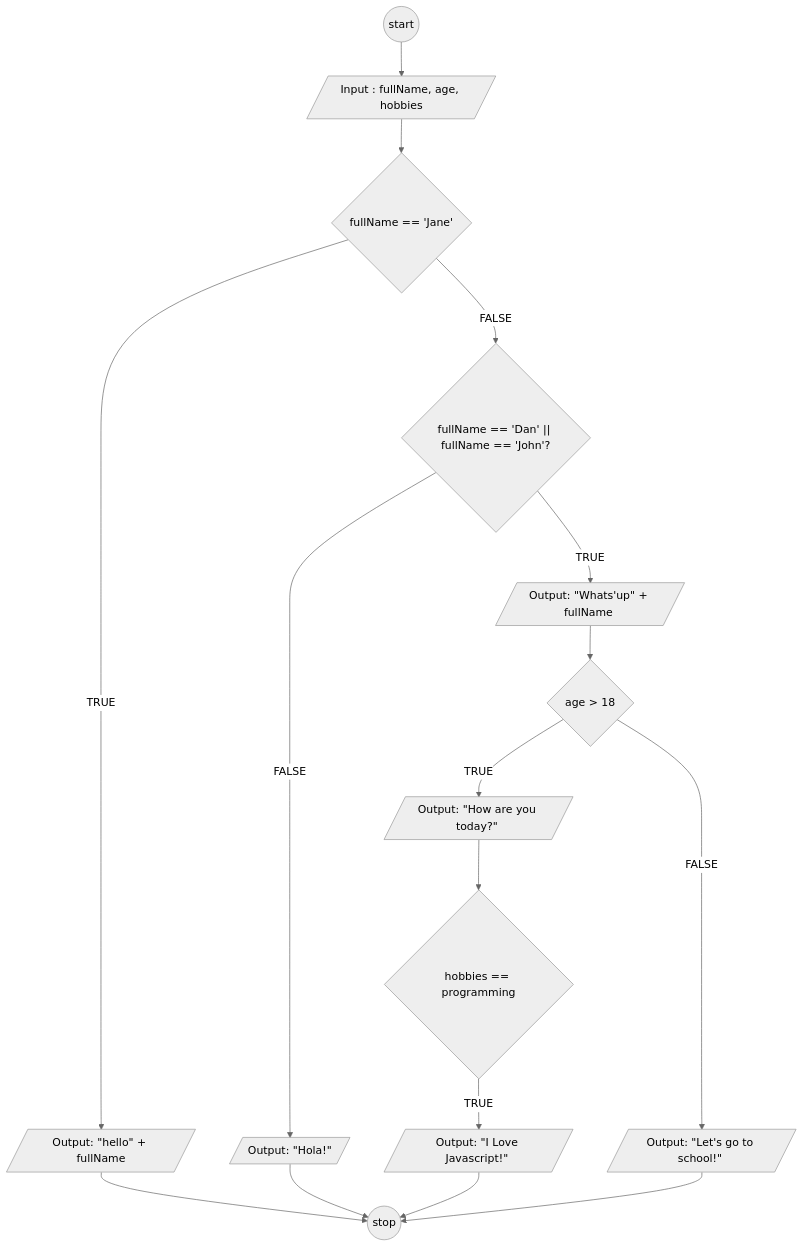
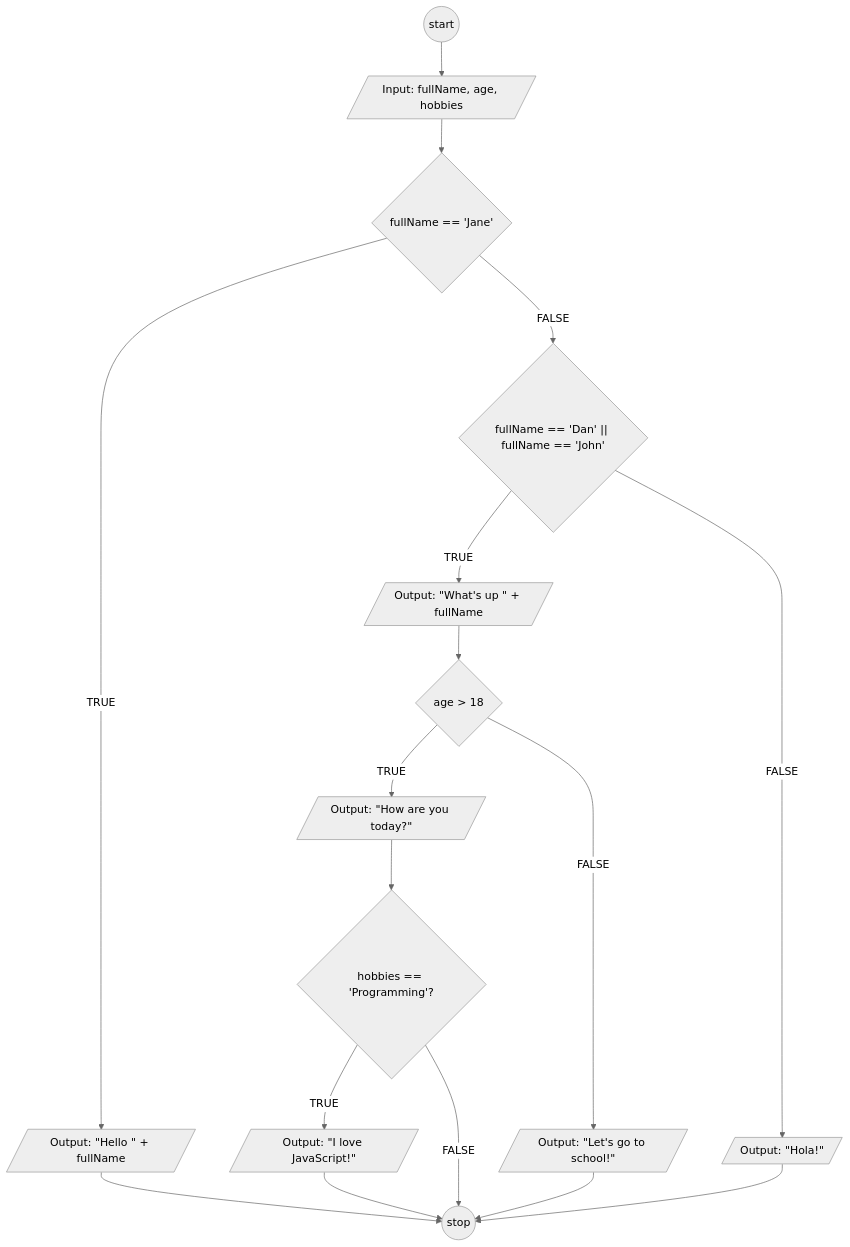
The diagram in flowchart-fullName.md (makarim22/koda-b6-javascript1), drawn with Mermaid (neutral theme) before and after one commit.

````diff
--- a/flowchart-fullName.md
+++ b/flowchart-fullName.md
@@ -1,47 +1,47 @@
 ```mermaid
 flowchart TD
-A@{ shape: circle, label: "start"} --> B
+    A@{ shape: circle, label: "start" } --> B
 
-B@{ shape: lean-r, label: "Input : fullName, age, hobbies" } --> C
+    B@{ shape: lean-r, label: "Input: fullName, age, hobbies" } --> C
 
-C@{ shape: diamond, label: "fullName == 'Jane'" } -->|TRUE| D
+    C@{ shape: diamond, label: "fullName == 'Jane'" } -->|TRUE| D
 
-C -- FALSE --> E
+    C -- FALSE --> E
 
-D@{ shape: lean-r, label: "Output: \"hello\" + fullName" } 
+    D@{ shape: lean-r, label: "Output: \"Hello \" + fullName" } 
 
-E@{ shape: diamond, label: "fullName == 'Dan' || fullName == 'John'?" } 
+    E@{ shape: diamond, label: "fullName == 'Dan' || fullName == 'John'" } 
 
-E -- TRUE --> S
+    E -- TRUE --> S
 
-S@{ shape: lean-r, label: "Output: \"Whats'up\" + fullName " }
+    S@{ shape: lean-r, label: "Output: \"What's up \" + fullName" } 
 
-E -- FALSE --> K
+    E -- FALSE --> K
 
-S --> F
+    S --> F
 
-F@{ shape: diamond, label: "age > 18 "} 
+    F@{ shape: diamond, label: "age > 18" } 
 
-F  --> |TRUE| Q
+    F  --> |TRUE| Q
 
-F -- FALSE --> H
+    F -- FALSE --> H
 
-H@{ shape: lean-r, label: "Output: \"Let's go to school!\" " } 
+    H@{ shape: lean-r, label: "Output: \"Let's go to school!\"" } 
 
-K@{ shape: lean-r, label: "Output: \"Hola!\" " }
+    K@{ shape: lean-r, label: "Output: \"Hola!\"" } 
 
-O@{ shape: diamond, label: "hobbies == programming" } -->|TRUE| P
+    O@{ shape: diamond, label: "hobbies == 'Programming'?" } -->|TRUE| P
 
+    O -- FALSE --> Z
 
-P@{ shape: lean-r, label: "Output: \"I Love Javascript!\" "} 
+    P@{ shape: lean-r, label: "Output: \"I love JavaScript!\"" } 
 
-Q@{ shape: lean-r, label: "Output: \"How are you today?\" "} --> O
+    Q@{ shape: lean-r, label: "Output: \"How are you today?\"" } --> O
 
-Z@{ shape: circle, label: "stop" }
+    Z@{ shape: circle, label: "stop" }
 
-
-D --> Z
-K --> Z
-P --> Z
-H --> Z
+    D --> Z
+    K --> Z
+    P --> Z
+    H --> Z
 ```
````
